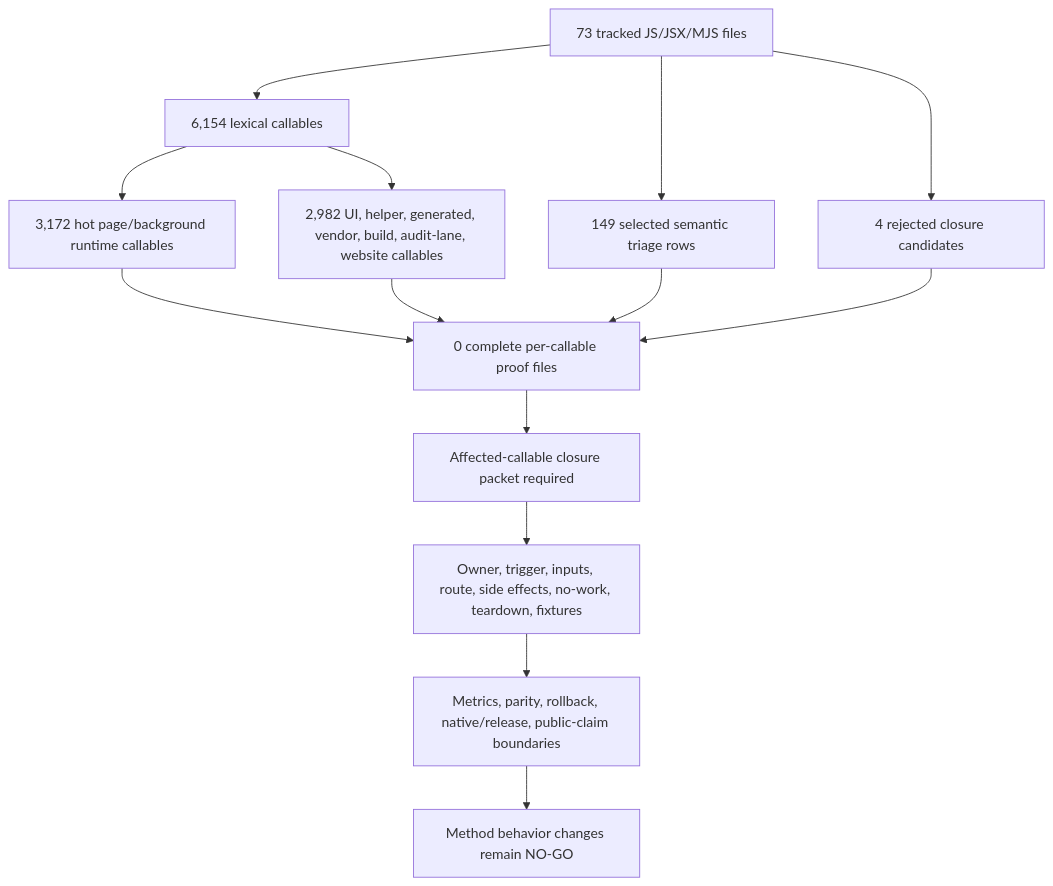
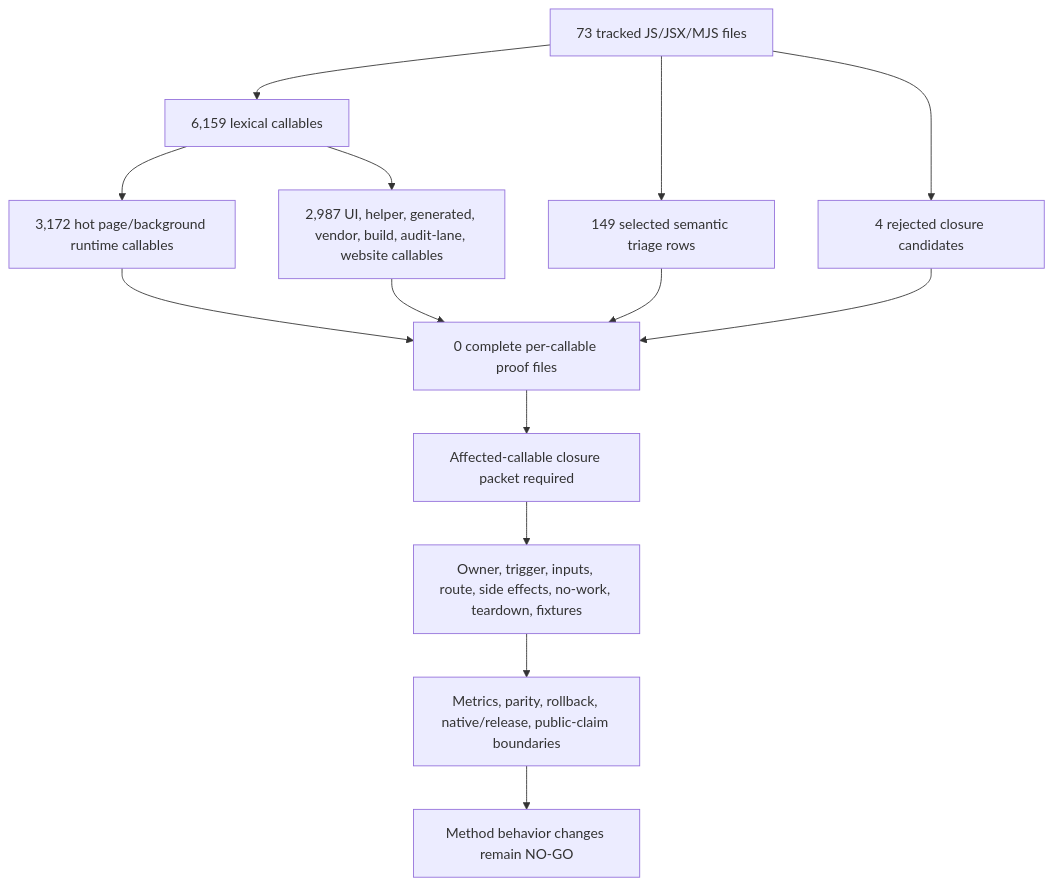
One commit to varshneydevansh/FilterTube changed the first of 2 diagrams in docs/audit/FILTERTUBE_METHOD_SEMANTIC_PROOF_GAP_INDEX_CURRENT_BEHAVIOR_2026-05-25.md. Above: the diagram before and after it, drawn with Mermaid. The commit also changed other lines of this file and 58 other files, not shown here.

````diff
--- a/docs/audit/FILTERTUBE_METHOD_SEMANTIC_PROOF_GAP_INDEX_CURRENT_BEHAVIOR_2026-05-25.md
+++ b/docs/audit/FILTERTUBE_METHOD_SEMANTIC_PROOF_GAP_INDEX_CURRENT_BEHAVIOR_2026-05-25.md
@@ -147,16 +147,16 @@
 ```mermaid
 flowchart TD
-  A["73 tracked JS/JSX/MJS files"] --> B["6,154 lexical callables"]
+  A["73 tracked JS/JSX/MJS files"] --> B["6,159 lexical callables"]
   B --> C["3,172 hot page/background runtime callables"]
-  B --> D["2,982 UI, helper, generated, vendor, build, audit-lane, website callables"]
+  B --> D["2,987 UI, helper, generated, vendor, build, audit-lane, website callables"]
   A --> E["149 selected semantic triage rows"]
   A --> F["4 rejected closure candidates"]
   C --> G["0 complete per-callable proof files"]
   D --> G
   E --> G
   F --> G
   G --> H["Affected-callable closure packet required"]
   H --> I["Owner, trigger, inputs, route, side effects, no-work, teardown, fixtures"]
   I --> J["Metrics, parity, rollback, native/release, public-claim boundaries"]
   J --> K["Method behavior changes remain NO-GO"]
 ```
````
